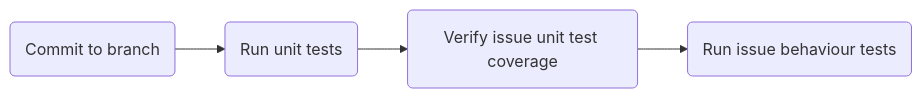
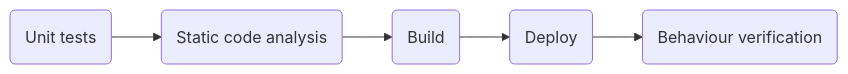
Before and after one commit to ContinuousEngineeringProject/ContinuousEngineeringProject.github.io: the fifth of 6 diagrams in docs/factory_pipelines.md, drawn with Mermaid. The commit also changed other lines of this file, not shown here.

Commit message:
docs: update issue branch pipeline

````diff
--- a/docs/factory_pipelines.md
+++ b/docs/factory_pipelines.md
@@ -90,9 +89,10 @@
 ```mermaid
 flowchart LR
-  id0(Commit to branch)
-  id1(Run unit tests)
-  id2(Verify issue unit test coverage)
-  id3(Run issue behaviour tests)
+  id1(Unit tests)
+  id2(Static code analysis)
+  id3(Build)
+  id4(Deploy)
+  id5(Behaviour verification)
   
-  id0 --> id1 --> id2 --> id3
+  id1 --> id2 --> id3 --> id4 --> id5
 ```
````
